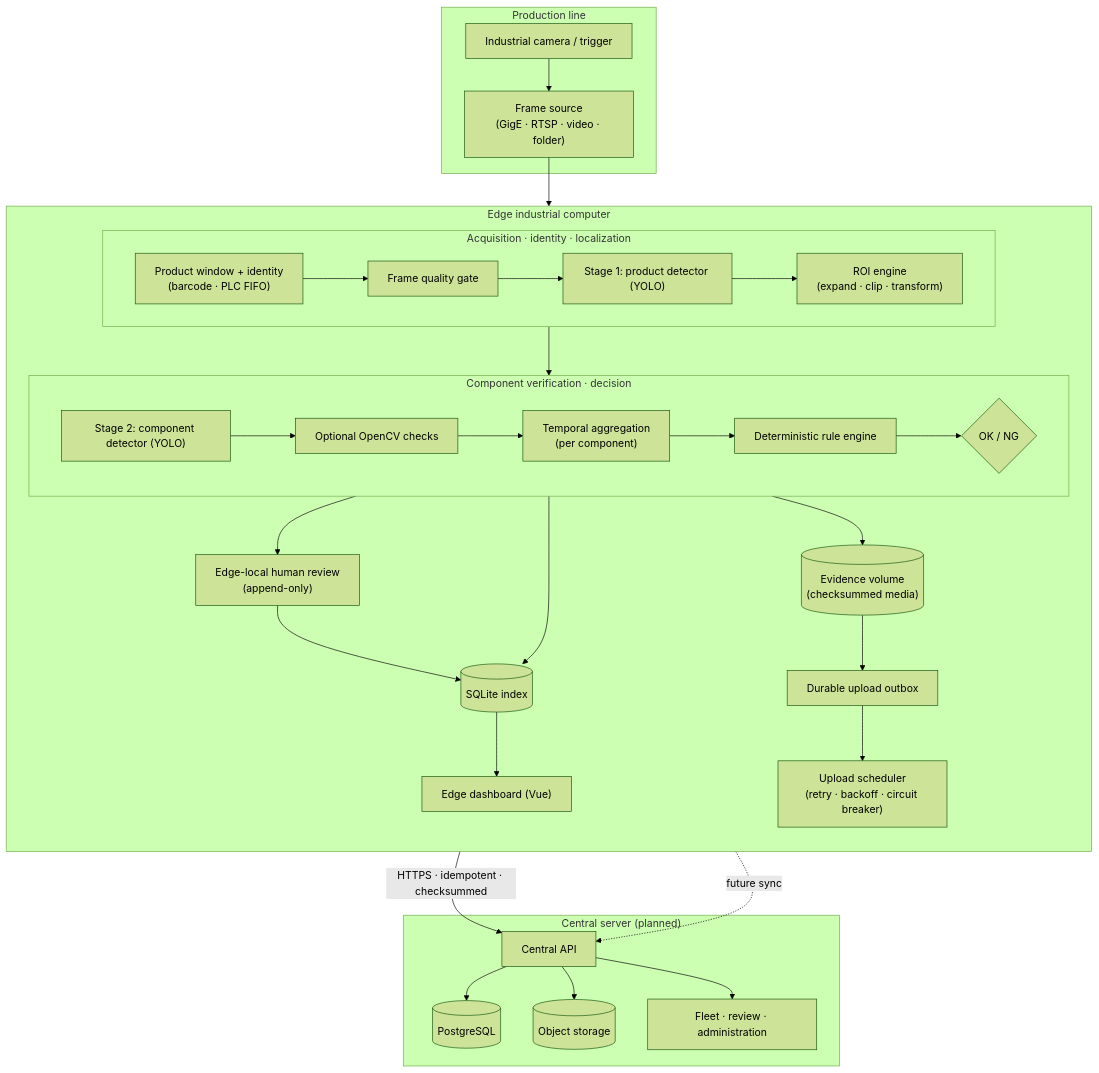
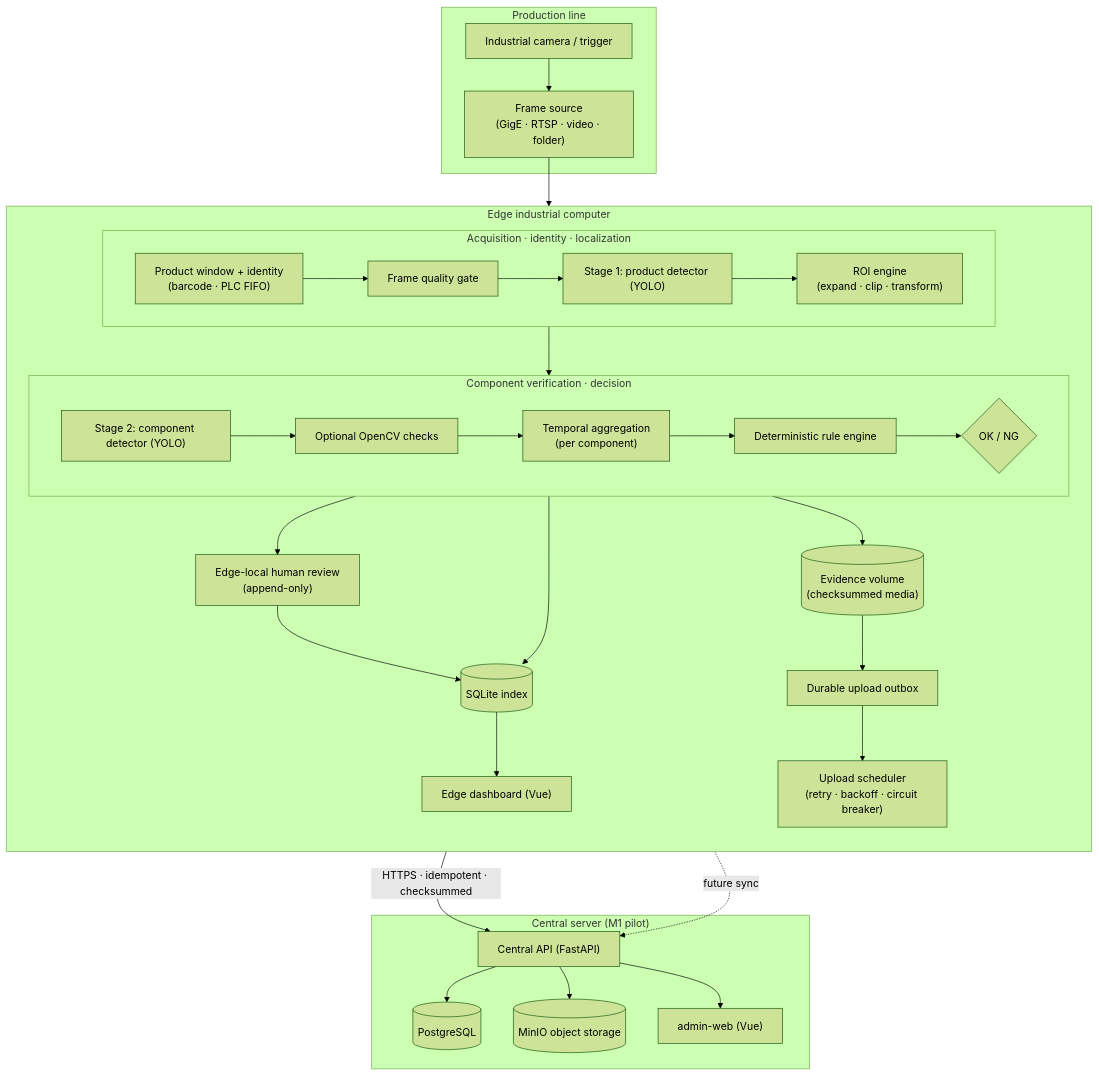
The diagram in README.md (dream-studio-china/assembly-vision), drawn with Mermaid (forest theme) before and after one commit. The commit also changed other lines of this file and 3 other files, not shown here.

First line of the commit message:
docs: document central M1 pilot and C1a delivery

````diff
--- a/README.md
+++ b/README.md
@@ -90,41 +97,41 @@
 ```mermaid
 flowchart TB
     subgraph Line["Production line"]
         CAM["Industrial camera / trigger"] --> FRAME["Frame source<br/>(GigE · RTSP · video · folder)"]
     end
 
     subgraph Edge["Edge industrial computer"]
         direction TB
         subgraph Pipeline1["Acquisition · identity · localization"]
             direction LR
             FRAME --> WIN["Product window + identity<br/>(barcode · PLC FIFO)"]
             WIN --> QUAL["Frame quality gate"]
             QUAL --> P1["Stage 1: product detector (YOLO)"]
             P1 --> ROI["ROI engine<br/>(expand · clip · transform)"]
         end
         subgraph Pipeline2["Component verification · decision"]
             direction LR
             P2["Stage 2: component detector (YOLO)"] --> CHK["Optional OpenCV checks"]
             CHK --> AGG["Temporal aggregation<br/>(per component)"]
             AGG --> RULE["Deterministic rule engine"]
             RULE --> RES{"OK / NG"}
         end
         ROI --> P2
         RES --> DB[("SQLite index")]
         DB --> DASH["Edge dashboard (Vue)"]
         RES --> MEDIA[("Evidence volume<br/>(checksummed media)")]
         MEDIA --> OUTBOX["Durable upload outbox"]
         OUTBOX --> SCHED["Upload scheduler<br/>(retry · backoff · circuit breaker)"]
         RES --> REVIEW["Edge-local human review<br/>(append-only)"]
         REVIEW --> DB
     end
 
-    subgraph Central["Central server (planned)"]
-        API["Central API"] --> CDB[("PostgreSQL")]
-        API --> OBJ[("Object storage")]
-        API --> ADMIN["Fleet · review · administration"]
+    subgraph Central["Central server (M1 pilot)"]
+        API["Central API (FastAPI)"] --> CDB[("PostgreSQL")]
+        API --> OBJ[("MinIO object storage")]
+        API --> ADMIN["admin-web (Vue)"]
     end
 
     SCHED -->|"HTTPS · idempotent · checksummed"| API
     REVIEW -.->|"future sync"| API
 ```
````
